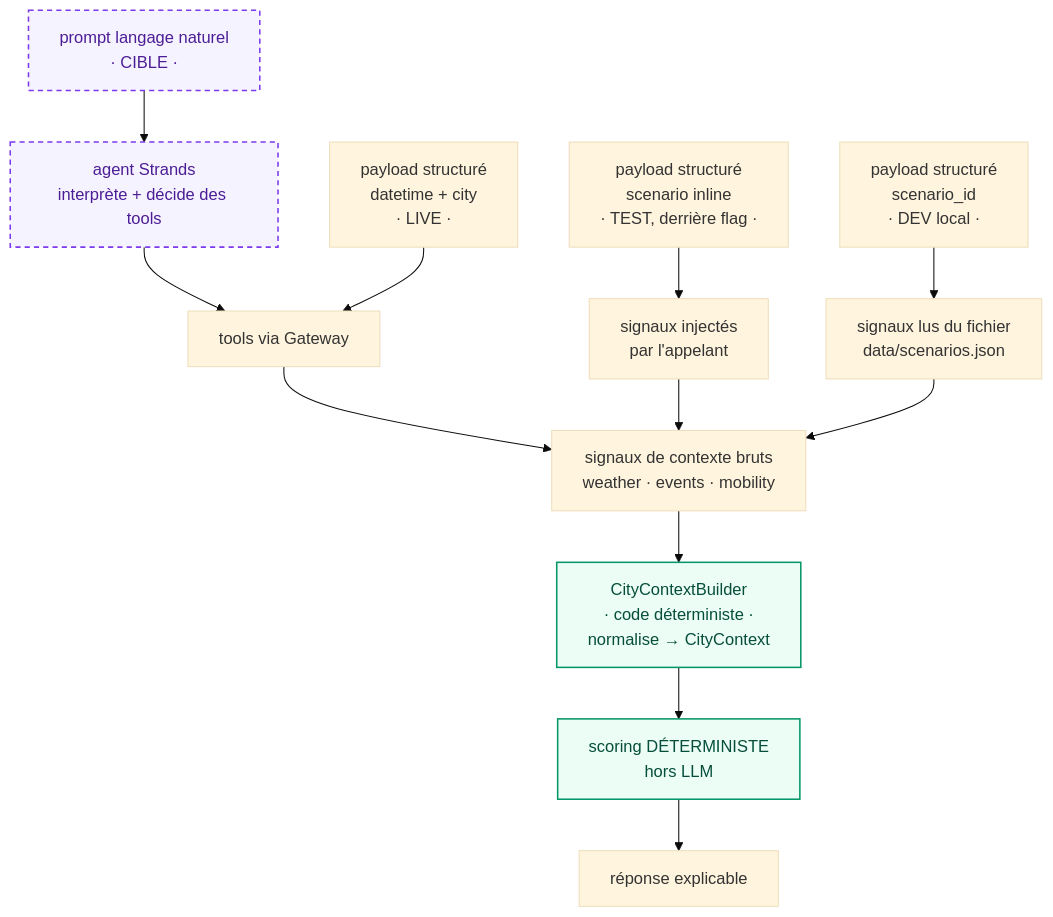
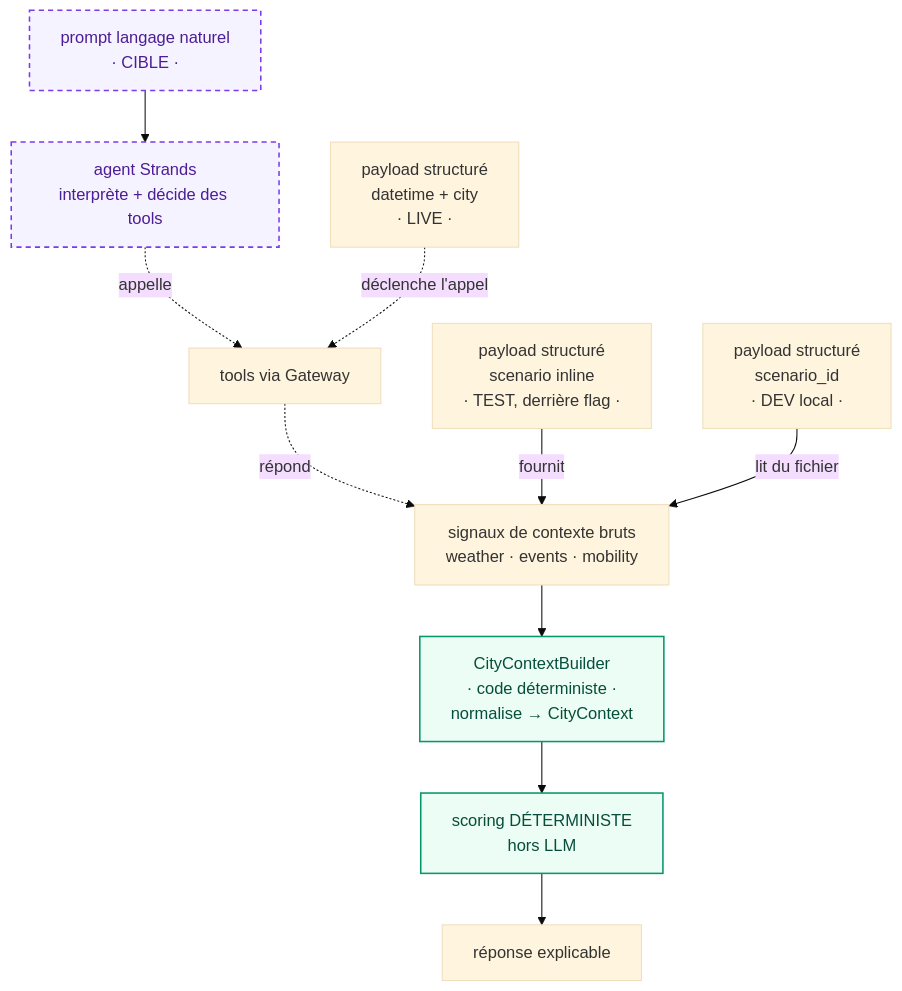
One commit to ClementV78/aws-agentic-campaign-mvp changed the first of 2 diagrams in docs/RUNTIME_MAPPING.md. Above: the diagram before and after it, drawn with Mermaid (base theme). The commit also changed other lines of this file, not shown here.

Commit message:
docs: a tool is called and replies, it does not transmit
The flow drew tools as a vertical pipeline stage pushing data down, which is the
wrong mechanic: a tool is a dependency you call and that replies. Dotted arrows
now mark tool calls (appelle / répond), solid arrows the data flow (inline
fournit, file lit, builder normalise). Added a note that a flowchart is a data
flow — the real request/response sequence is what --trace-mermaid renders as a
sequenceDiagram.

````diff
--- a/docs/RUNTIME_MAPPING.md
+++ b/docs/RUNTIME_MAPPING.md
@@ -23,25 +23,24 @@
 ```mermaid
 flowchart TB
     P1["payload structuré<br/>datetime + city<br/>· LIVE ·"]
     P2["payload structuré<br/>scenario inline<br/>· TEST, derrière flag ·"]
     P3["payload structuré<br/>scenario_id<br/>· DEV local ·"]
     P4["prompt langage naturel<br/>· CIBLE ·"]
 
-    P4 --> AG["agent Strands<br/>interprète + décide des tools"]
-    AG --> T["tools via Gateway"]
-    P1 --> T
-    P2 --> INJ["signaux injectés<br/>par l'appelant"]
-    P3 --> FIL["signaux lus du fichier<br/>data/scenarios.json"]
+    P4["prompt langage naturel<br/>· CIBLE ·"] --> AG["agent Strands<br/>interprète + décide des tools"]
+    AG -. "appelle" .-> T["tools via Gateway"]
+    P1["payload structuré<br/>datetime + city<br/>· LIVE ·"] -. "déclenche l'appel" .-> T
+    T -. "répond" .-> SIG["signaux de contexte bruts<br/>weather · events · mobility"]
 
-    T --> SIG["signaux de contexte bruts<br/>weather · events · mobility"]
-    INJ --> SIG
-    FIL --> SIG
+    P2["payload structuré<br/>scenario inline<br/>· TEST, derrière flag ·"] -- "fournit" --> SIG
+    P3["payload structuré<br/>scenario_id<br/>· DEV local ·"] -- "lit du fichier" --> SIG
+
     SIG --> CTX["CityContextBuilder<br/>· code déterministe ·<br/>normalise → CityContext"]
     CTX --> SC["scoring DÉTERMINISTE<br/>hors LLM"]
     SC --> R["réponse explicable"]
 
     classDef target fill:#f5f3ff,stroke:#7c3aed,color:#4c1d95,stroke-width:1.5px,stroke-dasharray: 5 4;
     classDef det fill:#ecfdf5,stroke:#059669,color:#064e3b,stroke-width:1.5px;
     class P4,AG target;
     class CTX,SC det;
 ```
````
